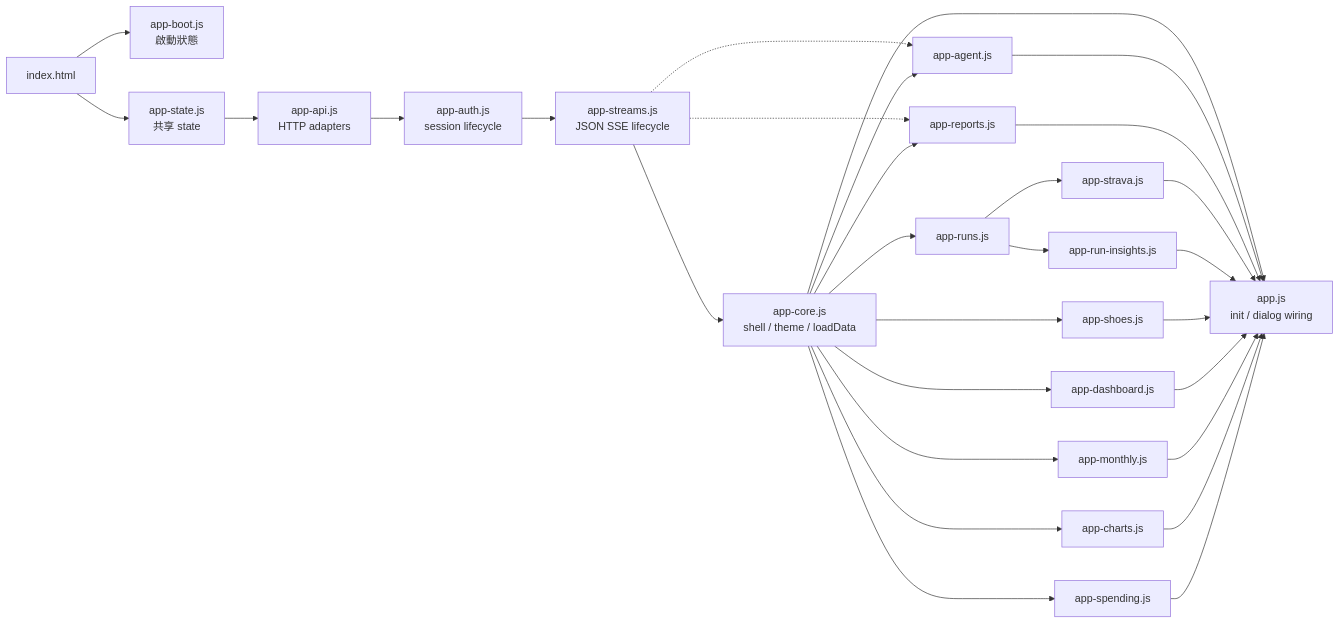
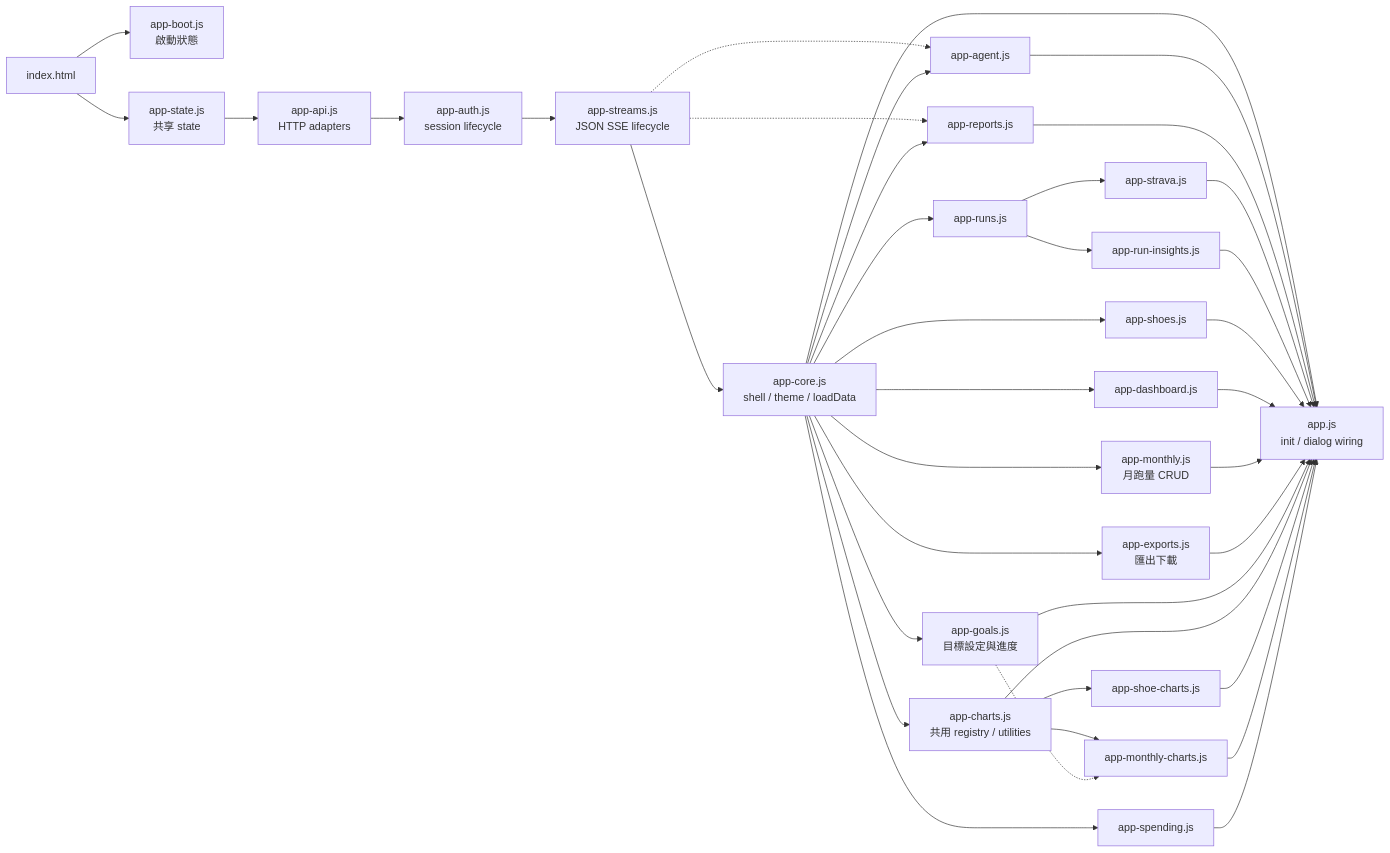
One commit to Teng91/running-shoes changed the third of 6 diagrams in docs/architecture.md. Above: the diagram before and after it, drawn with Mermaid. The commit also changed other lines of this file and 28 other files, not shown here.

````diff
--- a/docs/architecture.md
+++ b/docs/architecture.md
@@ -97,31 +98,40 @@
 ```mermaid
 flowchart LR
     HTML[index.html] --> Boot[app-boot.js<br/>啟動狀態]
     HTML --> State[app-state.js<br/>共享 state]
     State --> API[app-api.js<br/>HTTP adapters]
     API --> AuthUI[app-auth.js<br/>session lifecycle]
     AuthUI --> Streams[app-streams.js<br/>JSON SSE lifecycle]
     Streams --> Core[app-core.js<br/>shell / theme / loadData]
     Streams -.-> AgentUI
     Streams -.-> ReportsUI
     Core --> AgentUI[app-agent.js]
     Core --> ReportsUI[app-reports.js]
     Core --> RunCRUD[app-runs.js]
     RunCRUD --> StravaUI[app-strava.js]
     RunCRUD --> RunInsights[app-run-insights.js]
     Core --> ShoesUI[app-shoes.js]
     Core --> Dashboard[app-dashboard.js]
-    Core --> Monthly[app-monthly.js]
-    Core --> Charts[app-charts.js]
+    Core --> Monthly[app-monthly.js<br/>月跑量 CRUD]
+    Core --> ExportsUI[app-exports.js<br/>匯出下載]
+    Core --> GoalsUI[app-goals.js<br/>目標設定與進度]
+    Core --> Charts[app-charts.js<br/>共用 registry / utilities]
+    Charts --> ShoeCharts[app-shoe-charts.js]
+    Charts --> MileageCharts[app-monthly-charts.js]
+    GoalsUI -.-> MileageCharts
     Core --> Spending[app-spending.js]
     Core --> Bootstrap[app.js<br/>init / dialog wiring]
     AgentUI --> Bootstrap
     ReportsUI --> Bootstrap
     StravaUI --> Bootstrap
     RunInsights --> Bootstrap
     ShoesUI --> Bootstrap
     Dashboard --> Bootstrap
     Monthly --> Bootstrap
+    ExportsUI --> Bootstrap
+    GoalsUI --> Bootstrap
     Charts --> Bootstrap
+    ShoeCharts --> Bootstrap
+    MileageCharts --> Bootstrap
     Spending --> Bootstrap
 ```
````
